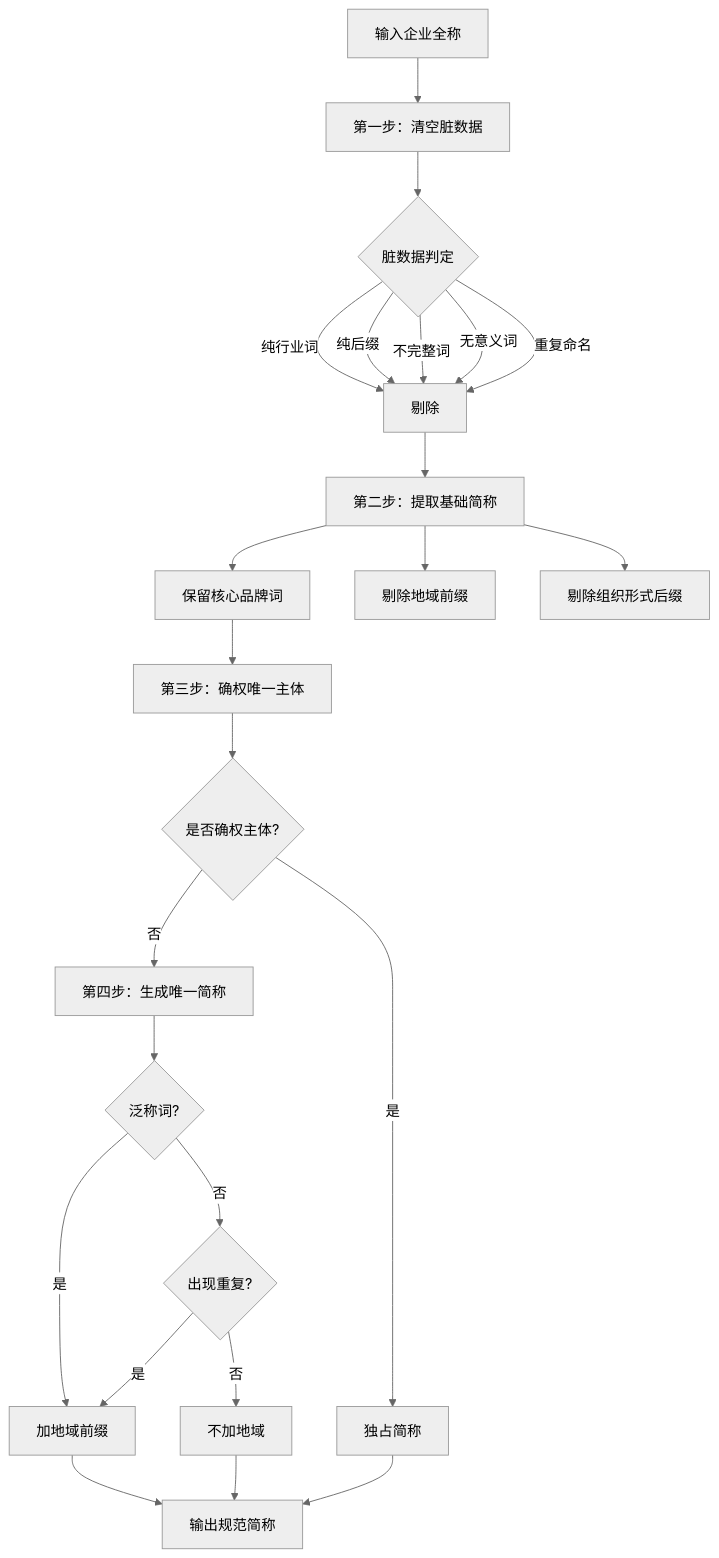
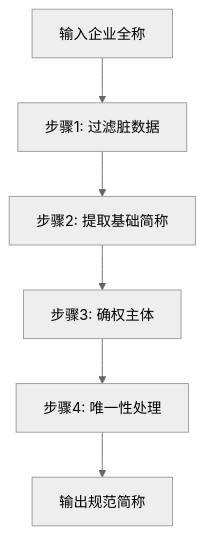
The diagram in README.md (ayulu01-crypto/company-short-name), drawn with Mermaid (neutral theme) before and after one commit. The commit also changed other lines of this file and 1 other file, not shown here.

````diff
--- a/README.md
+++ b/README.md
@@ -39,26 +31,8 @@
 ```mermaid
 graph TD
-    A[输入企业全称] --> B[第一步：清空脏数据]
-    B --> C{脏数据判定}
-    C -->|纯行业词| D[剔除]
-    C -->|纯后缀| D
-    C -->|不完整词| D
-    C -->|无意义词| D
-    C -->|重复命名| D
-    D --> E[第二步：提取基础简称]
-    E --> F[保留核心品牌词]
-    E --> G[剔除地域前缀]
-    E --> H[剔除组织形式后缀]
-    F --> I[第三步：确权唯一主体]
-    I --> J{是否确权主体?}
-    J -->|是| K[独占简称]
-    J -->|否| L[第四步：生成唯一简称]
-    L --> M{泛称词?}
-    M -->|是| N[加地域前缀]
-    M -->|否| O{出现重复?}
-    O -->|是| N
-    O -->|否| P[不加地域]
-    N --> Q[输出规范简称]
-    P --> Q
-    K --> Q
+    A[输入企业全称] --> B[步骤1: 过滤脏数据]
+    B --> C[步骤2: 提取基础简称]
+    C --> D[步骤3: 确权主体]
+    D --> E[步骤4: 唯一性处理]
+    E --> F[输出规范简称]
 ```
````
